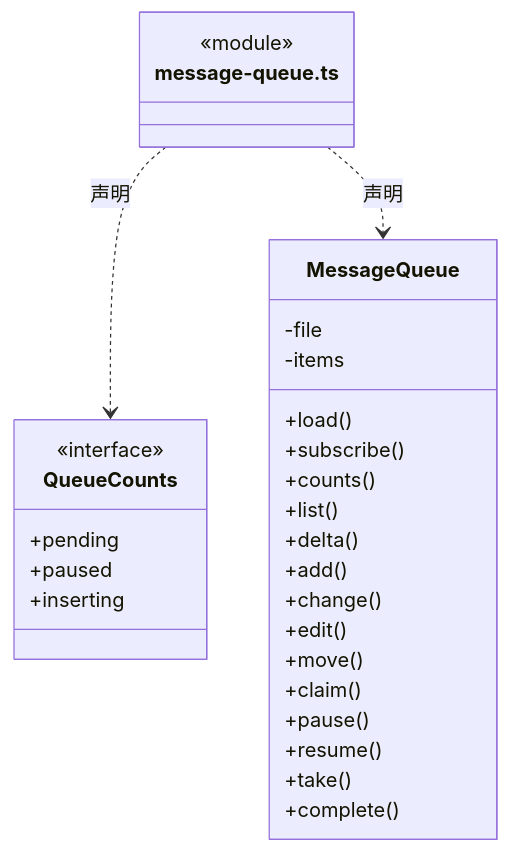
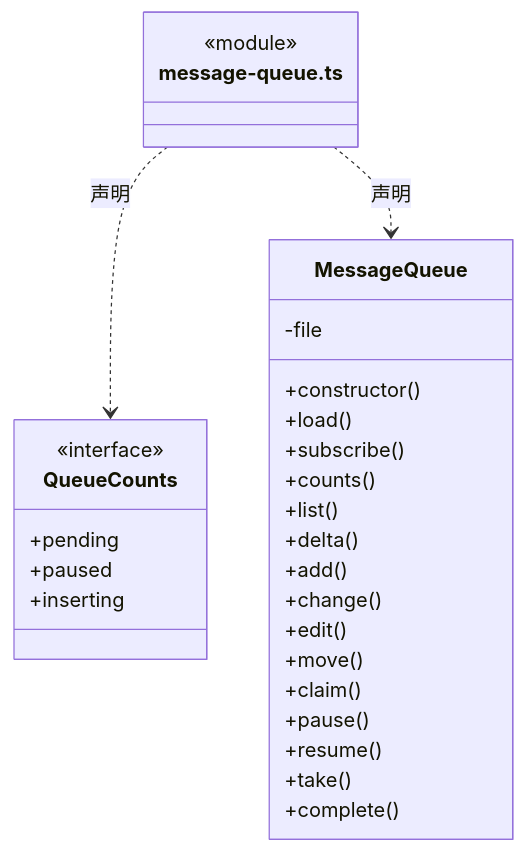
The eighth of 12 diagrams in src/logic/conversation/runtime/ARCHITECTURE.md (nan023062/cbim), drawn with Mermaid before and after one commit. The commit also changed other lines of this file and 139 other files, not shown here.

Commit message:
docs(architecture): add source reading paths and complete file inventories

````diff
--- a/src/logic/conversation/runtime/ARCHITECTURE.md
+++ b/src/logic/conversation/runtime/ARCHITECTURE.md
@@ -236,32 +241,32 @@
 ```mermaid
 classDiagram
 class N_src_logic_conversation_runtime_message_queue_ts["message-queue.ts"] {
   <<module>>
 }
 class N_src_logic_conversation_runtime_message_queue_ts_QueueCounts["QueueCounts"] {
   <<interface>>
   +pending
   +paused
   +inserting
 }
 N_src_logic_conversation_runtime_message_queue_ts ..> N_src_logic_conversation_runtime_message_queue_ts_QueueCounts : 声明
 class N_src_logic_conversation_runtime_message_queue_ts_MessageQueue["MessageQueue"] {
+  +constructor()
   +load()
   +subscribe()
   +counts()
   +list()
   +delta()
   +add()
   +change()
   +edit()
   +move()
   +claim()
   +pause()
   +resume()
   +take()
   +complete()
   -file
-  -items
 }
 N_src_logic_conversation_runtime_message_queue_ts ..> N_src_logic_conversation_runtime_message_queue_ts_MessageQueue : 声明
 ```
````
